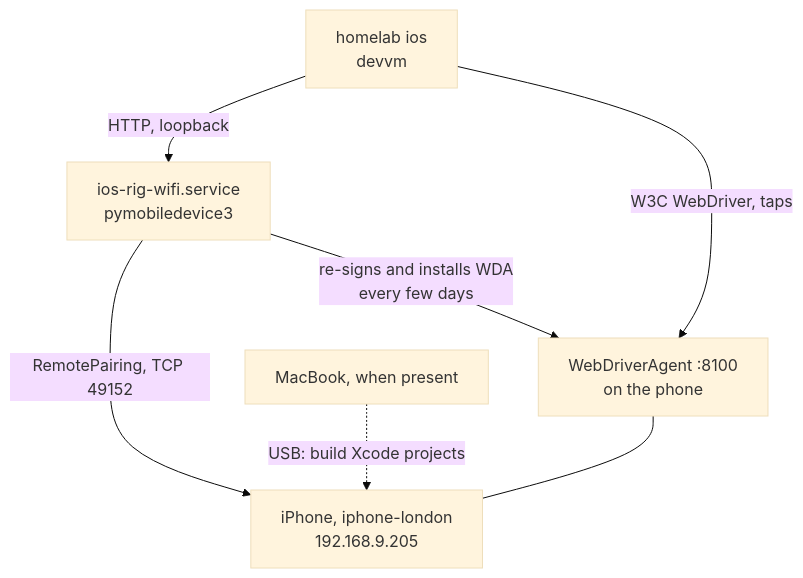
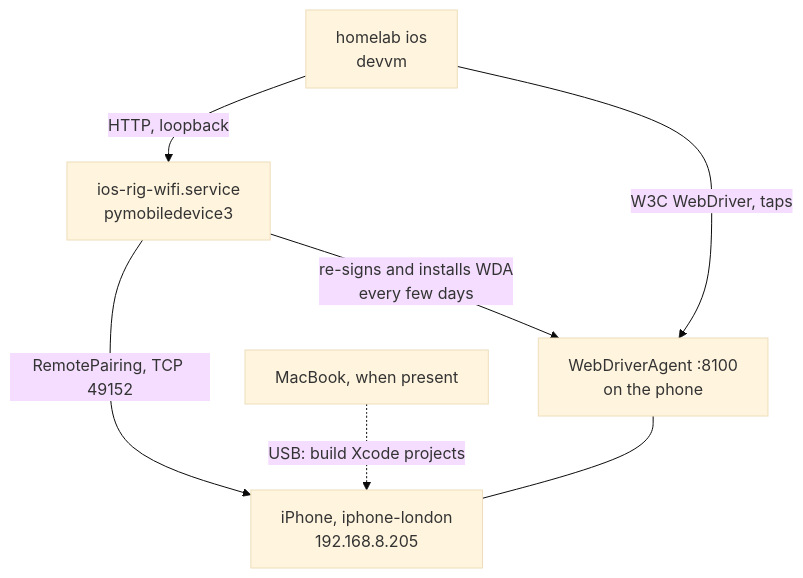
One commit to ViktorBarzin/infra changed the first of 3 diagrams in docs/runbooks/ios-test-rig.md. Above: the diagram before and after it, drawn with Mermaid (base theme). The commit also changed other lines of this file and 5 other files, not shown here.

````diff
--- a/docs/runbooks/ios-test-rig.md
+++ b/docs/runbooks/ios-test-rig.md
@@ -22,9 +22,9 @@
 ```mermaid
 flowchart TD
   CLI["homelab ios<br/>devvm"] -->|HTTP, loopback| SVC["ios-rig-wifi.service<br/>pymobiledevice3"]
-  SVC -->|RemotePairing, TCP 49152| P["iPhone, iphone-london<br/>192.168.9.205"]
+  SVC -->|RemotePairing, TCP 49152| P["iPhone, iphone-london<br/>192.168.8.205"]
   CLI -->|W3C WebDriver, taps| WDA["WebDriverAgent :8100<br/>on the phone"]
   WDA --- P
   SVC -->|re-signs and installs WDA<br/>every few days| WDA
   MAC["MacBook, when present"] -.->|USB: build Xcode projects| P
 ```
````
